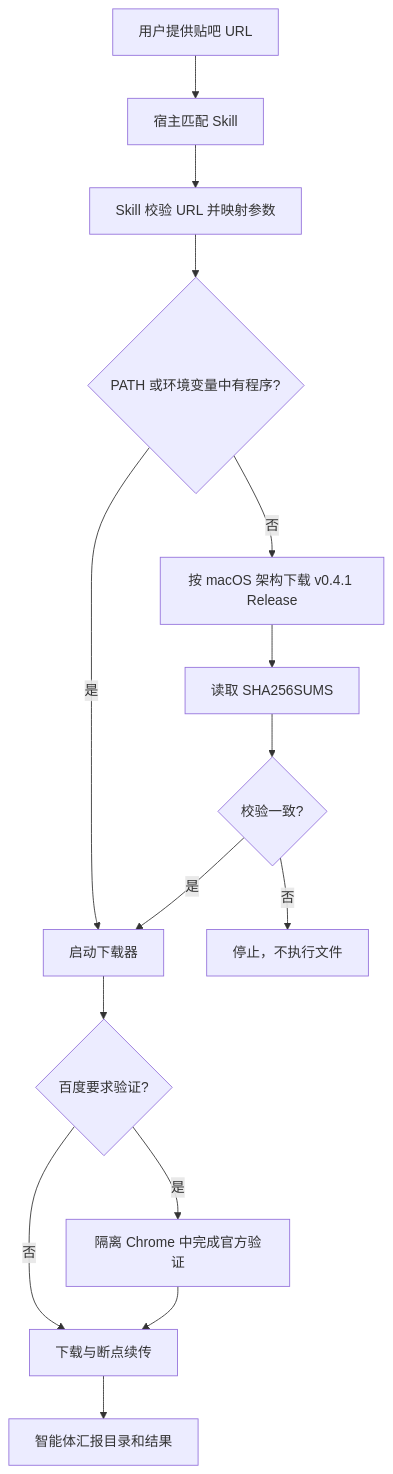
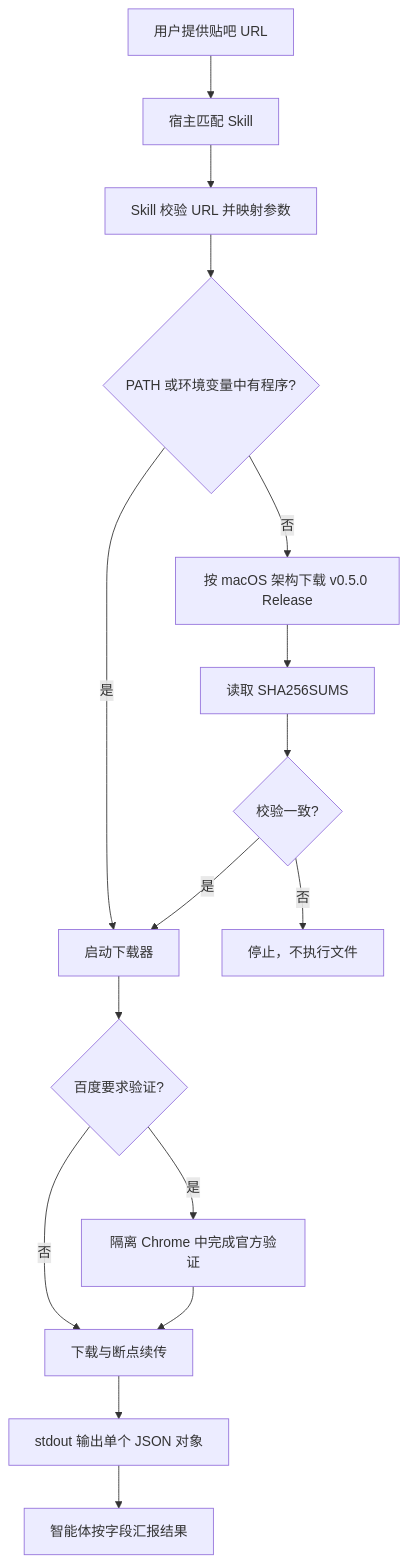
The diagram in docs/plugin.md (XieWeikai/tieba-image-downloader), drawn with Mermaid before and after one commit. The commit also changed other lines of this file and 29 other files, not shown here.

````diff
--- a/docs/plugin.md
+++ b/docs/plugin.md
@@ -60,17 +60,18 @@
 ```mermaid
 flowchart TD
     A[用户提供贴吧 URL] --> B[宿主匹配 Skill]
     B --> C[Skill 校验 URL 并映射参数]
     C --> D{PATH 或环境变量中有程序?}
     D -- 是 --> H[启动下载器]
-    D -- 否 --> E[按 macOS 架构下载 v0.4.1 Release]
+    D -- 否 --> E[按 macOS 架构下载 v0.5.0 Release]
     E --> F[读取 SHA256SUMS]
     F --> G{校验一致?}
     G -- 否 --> X[停止，不执行文件]
     G -- 是 --> H
     H --> I{百度要求验证?}
     I -- 是 --> J[隔离 Chrome 中完成官方验证]
     I -- 否 --> K[下载与断点续传]
     J --> K
-    K --> L[智能体汇报目录和结果]
+    K --> L[stdout 输出单个 JSON 对象]
+    L --> M[智能体按字段汇报结果]
 ```
````
